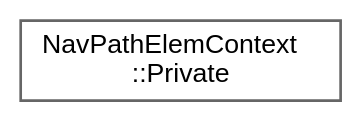
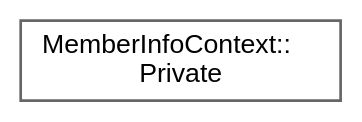
Before and after one commit to zipa/doxygen: the diagram in inherit_graph_571.dot, drawn with Graphviz. The commit also changed 8925 other files, not shown here.

```diff
--- a/inherit_graph_571.dot
+++ b/inherit_graph_571.dot
@@ -1,10 +1,10 @@
 digraph "Graphical Class Hierarchy"
 {
  // INTERACTIVE_SVG=YES
  // LATEX_PDF_SIZE
   bgcolor="transparent";
   edge [fontname=Helvetica,fontsize=10,labelfontname=Helvetica,labelfontsize=10];
   node [fontname=Helvetica,fontsize=10,shape=box,height=0.2,width=0.4];
   rankdir="LR";
-  Node0 [label="NavPathElemContext\l::Private",height=0.2,width=0.4,color="grey40", fillcolor="white", style="filled",URL="$de/d0e/class_nav_path_elem_context_1_1_private.html",tooltip=" "];
+  Node0 [label="MemberInfoContext::\lPrivate",height=0.2,width=0.4,color="grey40", fillcolor="white", style="filled",URL="$d3/db1/class_member_info_context_1_1_private.html",tooltip=" "];
 }
```
